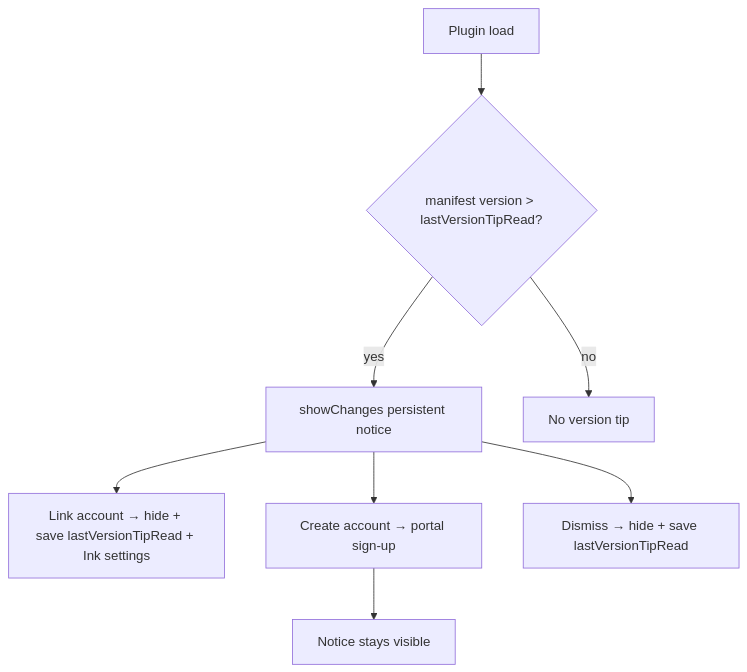
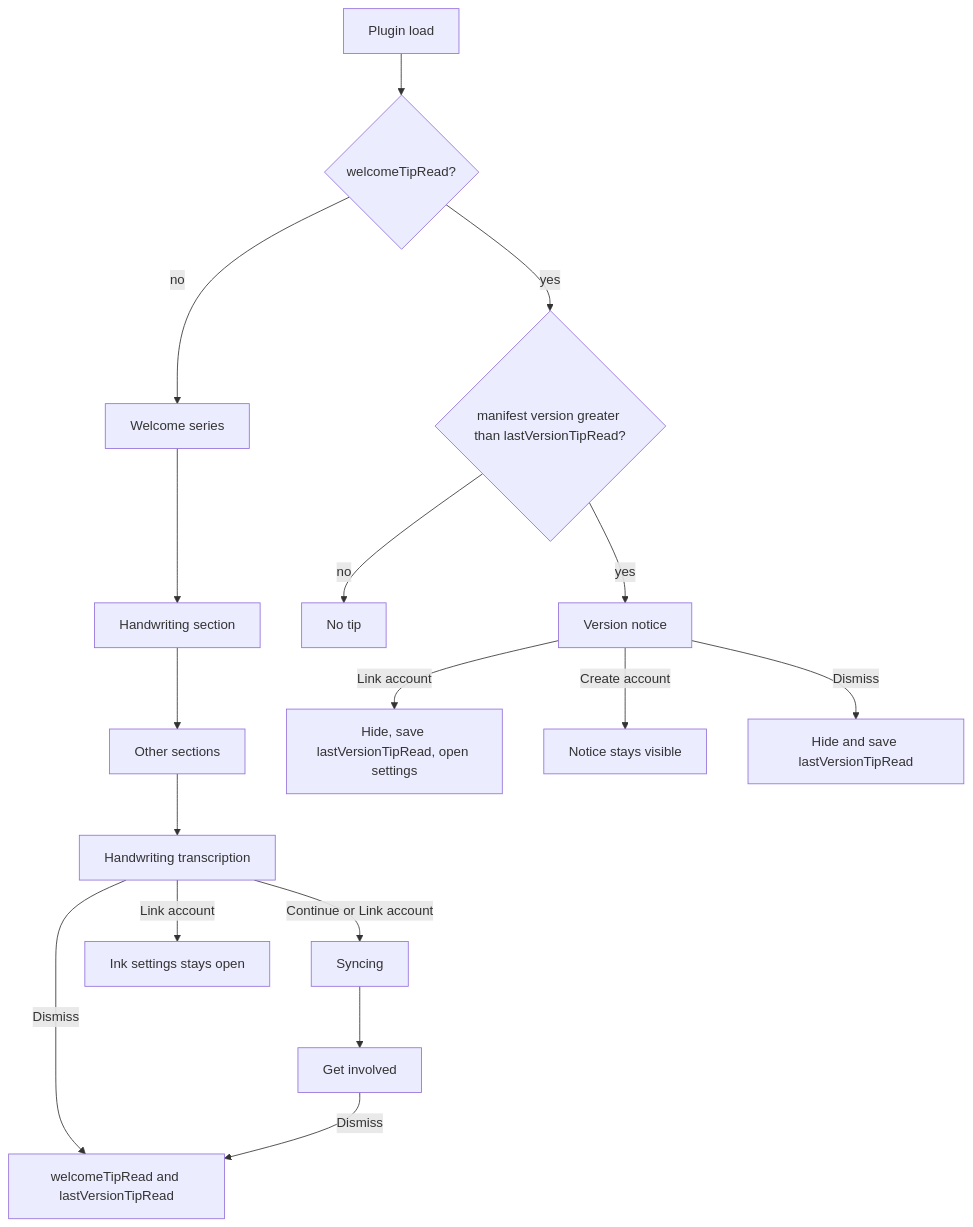
One commit to daledesilva/obsidian_ink changed the diagram in docs/version-and-welcome-notices.md. Above: the diagram before and after it, drawn with Mermaid. The commit also changed other lines of this file and 8 other files, not shown here.

````diff
--- a/docs/version-and-welcome-notices.md
+++ b/docs/version-and-welcome-notices.md
@@ -28,10 +30,19 @@
 ```mermaid
 flowchart TD
-  Load[Plugin load] --> Semver{manifest version > lastVersionTipRead?}
-  Semver -->|yes| Show[showChanges persistent notice]
-  Semver -->|no| Skip[No version tip]
-  Show --> Link[Link account → hide + save lastVersionTipRead + Ink settings]
-  Show --> Create[Create account → portal sign-up]
-  Show --> Dismiss[Dismiss → hide + save lastVersionTipRead]
-  Create --> StayOpen[Notice stays visible]
+  Load[Plugin load] --> First{welcomeTipRead?}
+  First -->|no| Welcome[Welcome series]
+  First -->|yes| Semver{manifest version greater than lastVersionTipRead?}
+  Semver -->|yes| Version[Version notice]
+  Semver -->|no| Skip[No tip]
+  Welcome --> Handwriting[Handwriting section]
+  Handwriting --> Other[Other sections]
+  Other --> Account[Handwriting transcription]
+  Account -->|Continue or Link account| Sync[Syncing]
+  Account -->|Link account| Settings[Ink settings stays open]
+  Account -->|Dismiss| Finish[welcomeTipRead and lastVersionTipRead]
+  Sync --> Involved[Get involved]
+  Involved -->|Dismiss| Finish
+  Version -->|Link account| EndVersion[Hide, save lastVersionTipRead, open settings]
+  Version -->|Create account| StayOpen[Notice stays visible]
+  Version -->|Dismiss| EndVersionDismiss[Hide and save lastVersionTipRead]
 ```
````
